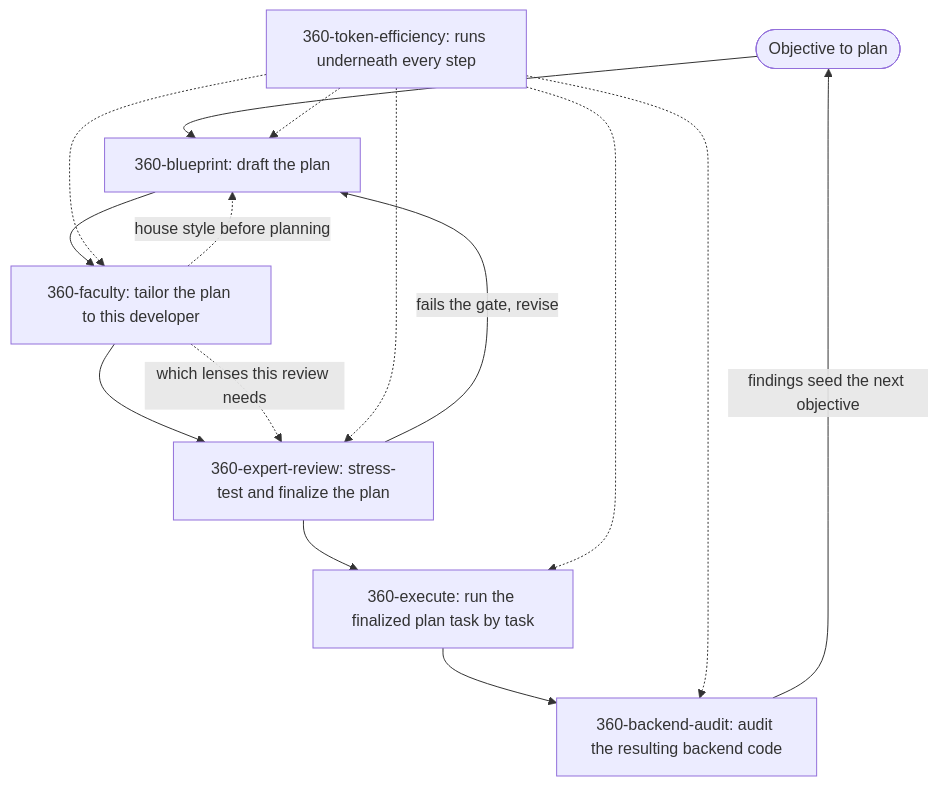
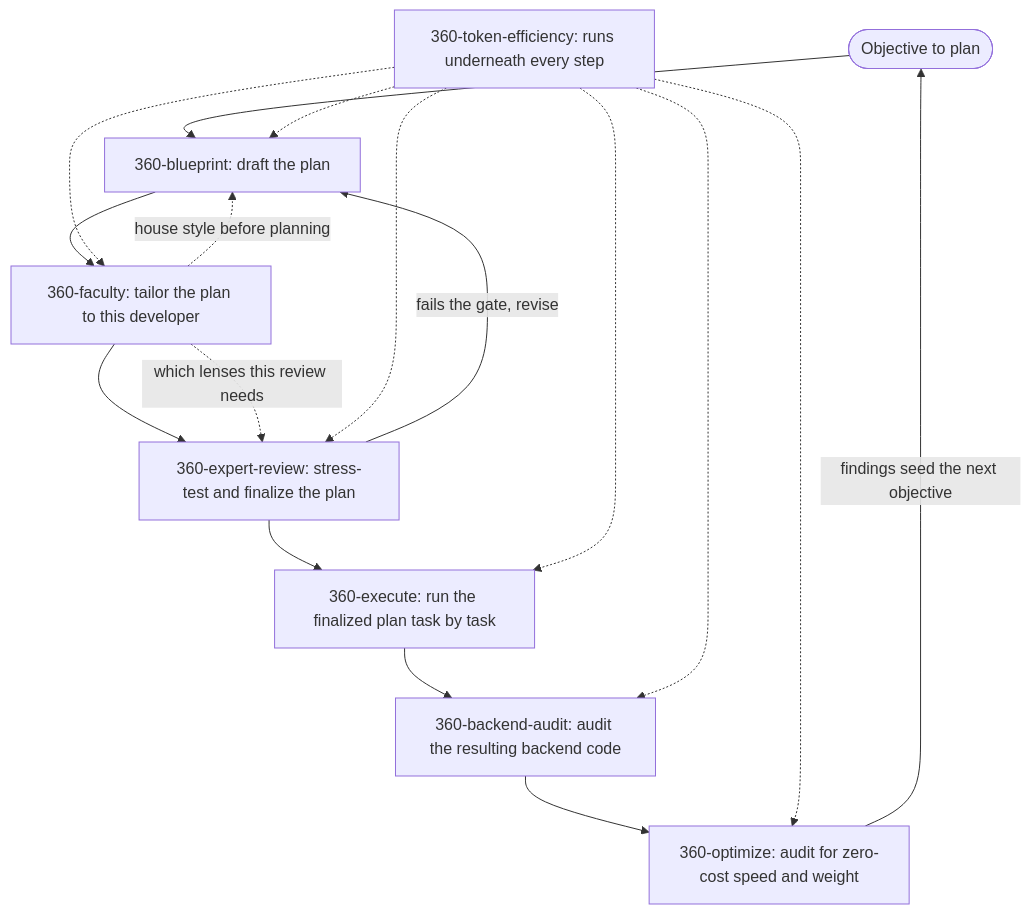
One commit to shahabahreini/360-skills changed the diagram in README.md. Above: the diagram before and after it, drawn with Mermaid. The commit also changed other lines of this file and 3 other files, not shown here.

First line of the commit message:
feat(skills): add 360-optimize skill for code performance and weight audits

````diff
--- a/README.md
+++ b/README.md
@@ -57,19 +59,21 @@
 ```mermaid
 flowchart TD
     Objective([Objective to plan]) --> Blueprint["360-blueprint: draft the plan"]
     Blueprint --> Faculty["360-faculty: tailor the plan to this developer"]
     Faculty --> Review["360-expert-review: stress-test and finalize the plan"]
     Review -->|fails the gate, revise| Blueprint
     Review --> Execute["360-execute: run the finalized plan task by task"]
     Execute --> Audit["360-backend-audit: audit the resulting backend code"]
-    Audit -->|findings seed the next objective| Objective
+    Audit --> Optimize["360-optimize: audit for zero-cost speed and weight"]
+    Optimize -->|findings seed the next objective| Objective
 
     Faculty -.->|house style before planning| Blueprint
     Faculty -.->|which lenses this review needs| Review
 
     Efficiency["360-token-efficiency: runs underneath every step"] -.-> Blueprint
     Efficiency -.-> Faculty
     Efficiency -.-> Review
     Efficiency -.-> Execute
     Efficiency -.-> Audit
+    Efficiency -.-> Optimize
 ```
````
